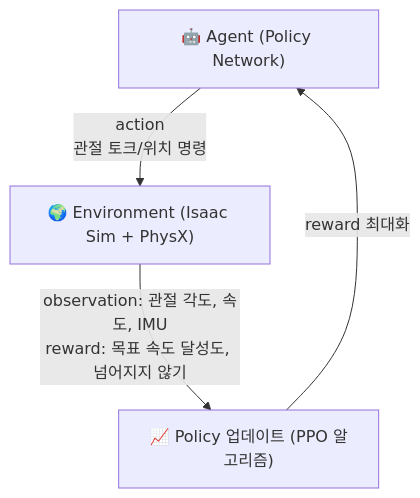
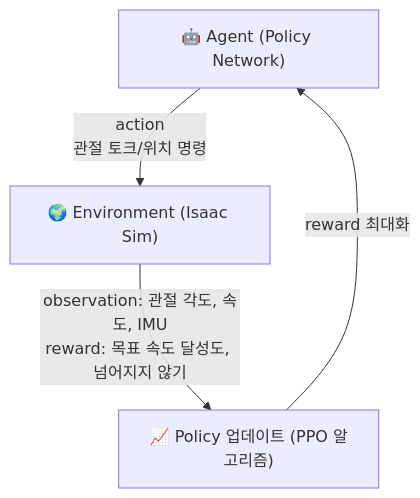
The first of 2 diagrams in physical-ai-on-aws-guide/nvidia-isaac-lab-on-aws/2.-isaac-lab.md (seokjushin/physical-ai-aws-docs), drawn with Mermaid before and after one commit. The commit also changed other lines of this file and 3 other files, not shown here.

````diff
--- a/physical-ai-on-aws-guide/nvidia-isaac-lab-on-aws/2.-isaac-lab.md
+++ b/physical-ai-on-aws-guide/nvidia-isaac-lab-on-aws/2.-isaac-lab.md
@@ -15,9 +15,9 @@
 ```mermaid
 flowchart TD
     A["🤖 Agent (Policy Network)"]
     A -->|"action\n관절 토크/위치 명령"| E
-    E["🌍 Environment (Isaac Sim + PhysX)"]
+    E["🌍 Environment (Isaac Sim)"]
     E -->|"observation: 관절 각도, 속도, IMU\nreward: 목표 속도 달성도, 넘어지지 않기"| P
     P["📈 Policy 업데이트 (PPO 알고리즘)"]
     P -->|"reward 최대화"| A
 ```
````
